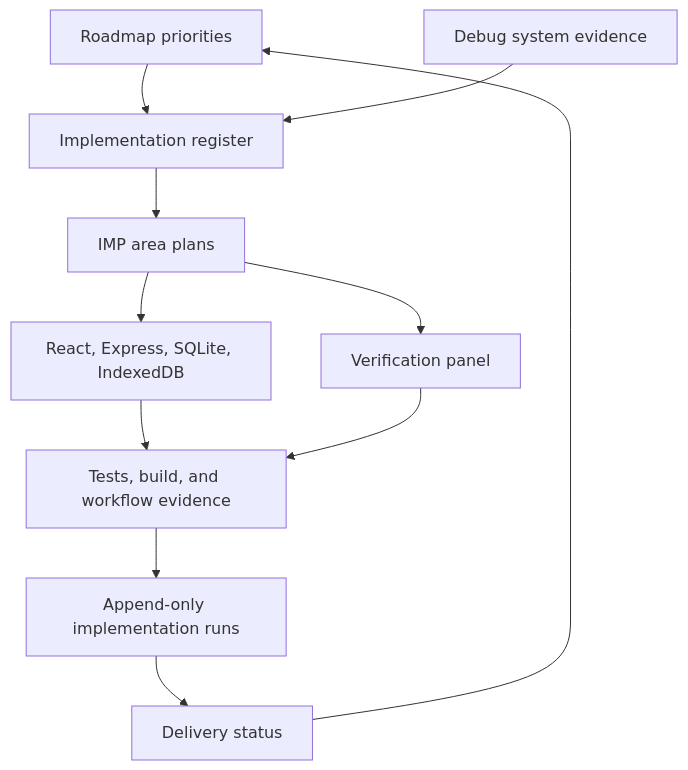
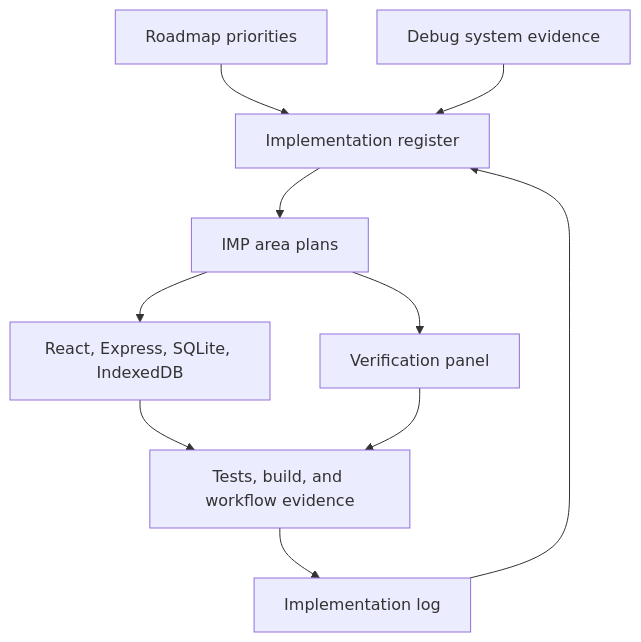
The second of 7 diagrams in docs/architecture.md (Akiirolabs/IOVault), drawn with Mermaid before and after one commit. The commit also changed other lines of this file and 40 other files, not shown here.

````diff
--- a/docs/architecture.md
+++ b/docs/architecture.md
@@ -25,13 +25,12 @@
 ```mermaid
 flowchart TB
   Roadmap["Roadmap priorities"] --> Register["Implementation register"]
   Debug["Debug system evidence"] --> Register
   Register --> Areas["IMP area plans"]
   Areas --> Runtime["React, Express, SQLite, IndexedDB"]
   Areas --> Verify["Verification panel"]
   Runtime --> Evidence["Tests, build, and workflow evidence"]
   Verify --> Evidence
-  Evidence --> Runs["Append-only implementation runs"]
-  Runs --> Status["Delivery status"]
-  Status --> Roadmap
+  Evidence --> Log["Implementation log"]
+  Log --> Register
 ```
````
